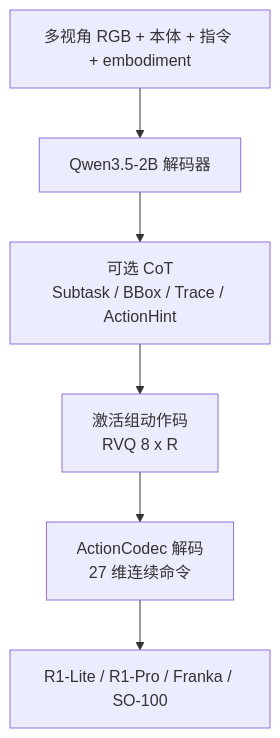
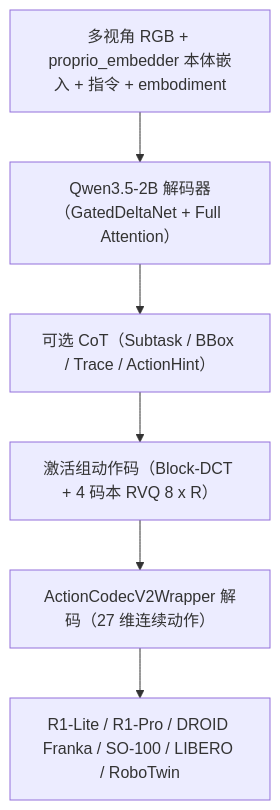
The first of 3 diagrams in wiki/entities/paper-galaxea-g05.md (ImChong/Robotics_Notebooks), drawn with Mermaid before and after one commit. The commit also changed other lines of this file and 192 other files, not shown here.

Commit message:
[2026-11-14] ingest | roadmap/depth-vla.md — 补齐 VLA 纵深路线全部节点原文证据与满分健康度

````diff
--- a/wiki/entities/paper-galaxea-g05.md
+++ b/wiki/entities/paper-galaxea-g05.md
@@ -101,10 +106,10 @@
 ```mermaid
 flowchart TB
-  obs["多视角 RGB + 本体 + 指令 + embodiment"]
-  vlm["Qwen3.5-2B 解码器"]
-  cot["可选 CoT\nSubtask / BBox / Trace / ActionHint"]
-  codes["激活组动作码\nRVQ 8 x R"]
-  codec["ActionCodec 解码\n27 维连续命令"]
-  robot["R1-Lite / R1-Pro / Franka / SO-100"]
+  obs["多视角 RGB + proprio_embedder 本体嵌入 + 指令 + embodiment"]
+  vlm["Qwen3.5-2B 解码器（GatedDeltaNet + Full Attention）"]
+  cot["可选 CoT（Subtask / BBox / Trace / ActionHint）"]
+  codes["激活组动作码（Block-DCT + 4 码本 RVQ 8 x R）"]
+  codec["ActionCodecV2Wrapper 解码（27 维连续动作）"]
+  robot["R1-Lite / R1-Pro / DROID Franka / SO-100 / LIBERO / RoboTwin"]
   obs --> vlm --> cot --> codes --> codec --> robot
 ```
````
